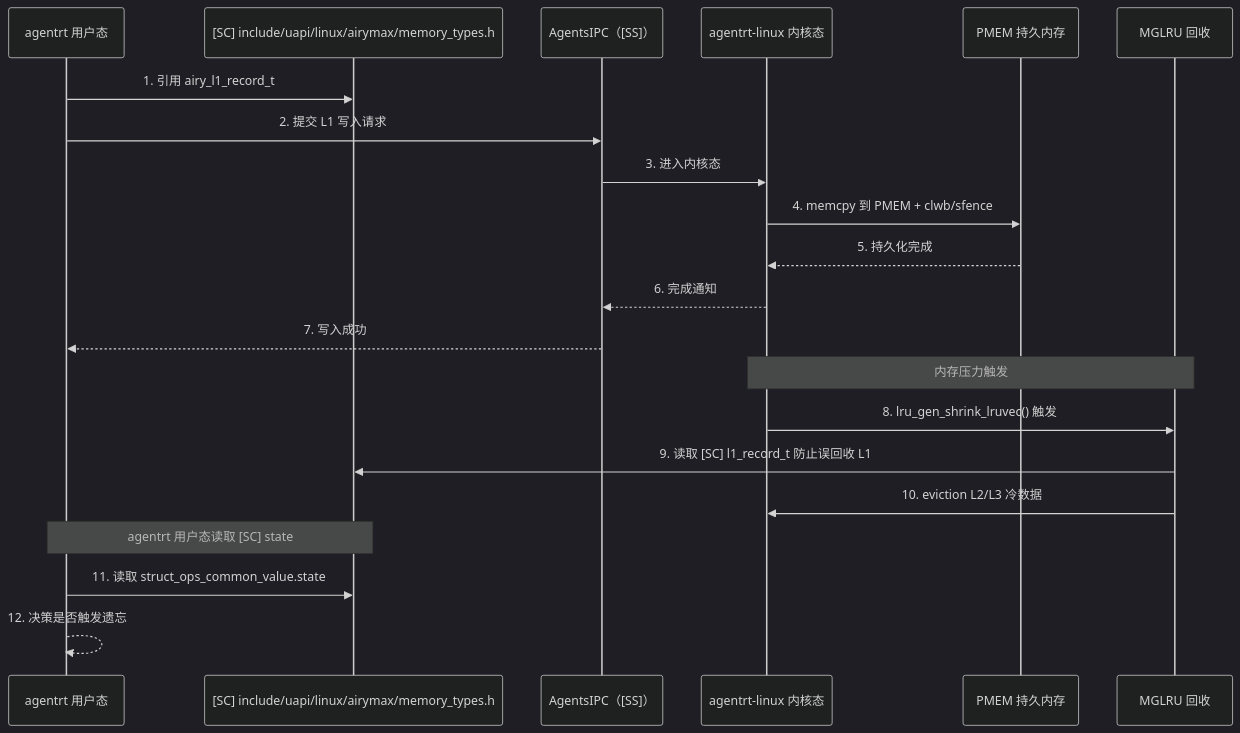
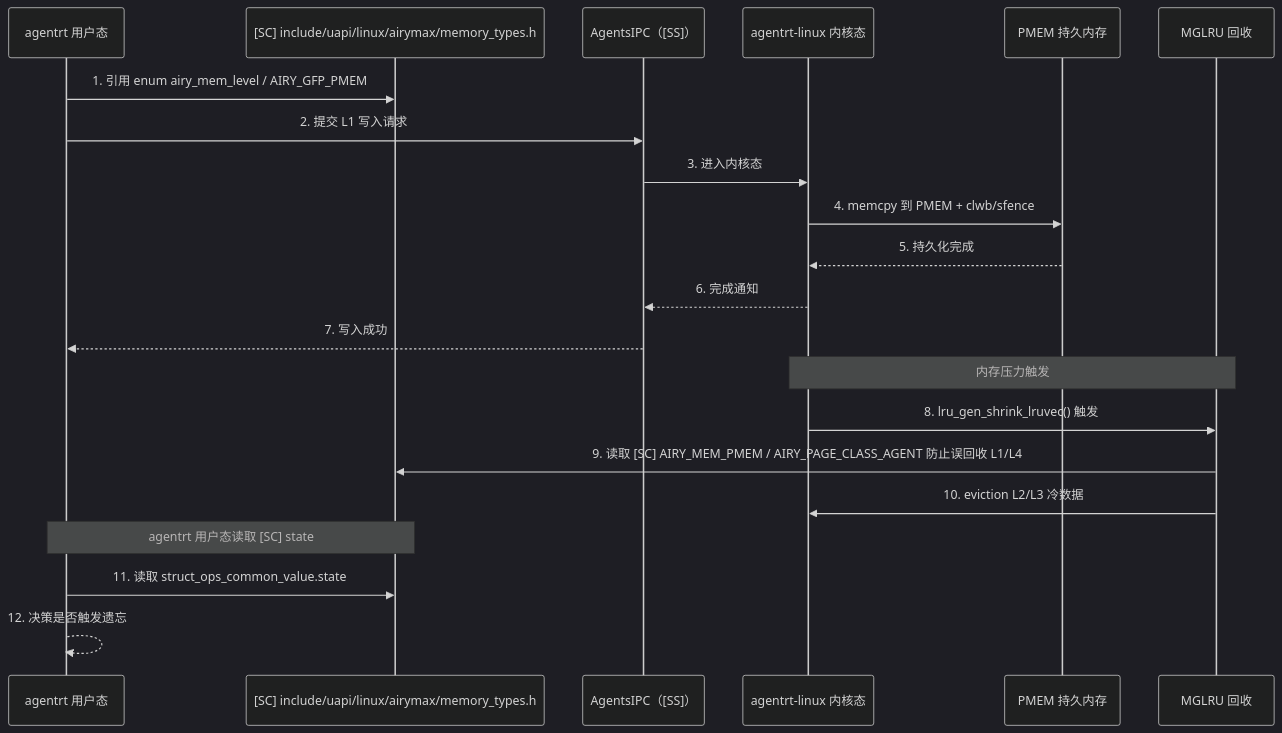
Before and after one commit to openairymax/docs: the ninth of 9 diagrams in AirymaxOS/40-dataflows/02-memory-flow.md, drawn with Mermaid (dark theme). The commit also changed other lines of this file and 50 other files, not shown here.

````diff
--- a/AirymaxOS/40-dataflows/02-memory-flow.md
+++ b/AirymaxOS/40-dataflows/02-memory-flow.md
@@ -695,26 +724,26 @@
 ```mermaid
 sequenceDiagram
     participant AR as agentrt 用户态
     participant SC as [SC] include/uapi/linux/airymax/memory_types.h
     participant IPC as AgentsIPC（[SS]）
     participant KR as agentrt-linux 内核态
     participant PMEM as PMEM 持久内存
     participant MGLRU as MGLRU 回收
     
-    AR->>SC: 1. 引用 airy_l1_record_t
+    AR->>SC: 1. 引用 enum airy_mem_level / AIRY_GFP_PMEM
     AR->>IPC: 2. 提交 L1 写入请求
     IPC->>KR: 3. 进入内核态
     KR->>PMEM: 4. memcpy 到 PMEM + clwb/sfence
     PMEM-->>KR: 5. 持久化完成
     KR-->>IPC: 6. 完成通知
     IPC-->>AR: 7. 写入成功
     
     Note over KR,MGLRU: 内存压力触发
     KR->>MGLRU: 8. lru_gen_shrink_lruvec() 触发
-    MGLRU->>SC: 9. 读取 [SC] l1_record_t 防止误回收 L1
+    MGLRU->>SC: 9. 读取 [SC] AIRY_MEM_PMEM / AIRY_PAGE_CLASS_AGENT 防止误回收 L1/L4
     MGLRU->>KR: 10. eviction L2/L3 冷数据
     
     Note over AR,SC: agentrt 用户态读取 [SC] state
     AR->>SC: 11. 读取 struct_ops_common_value.state
     AR-->>AR: 12. 决策是否触发遗忘
 ```
````
